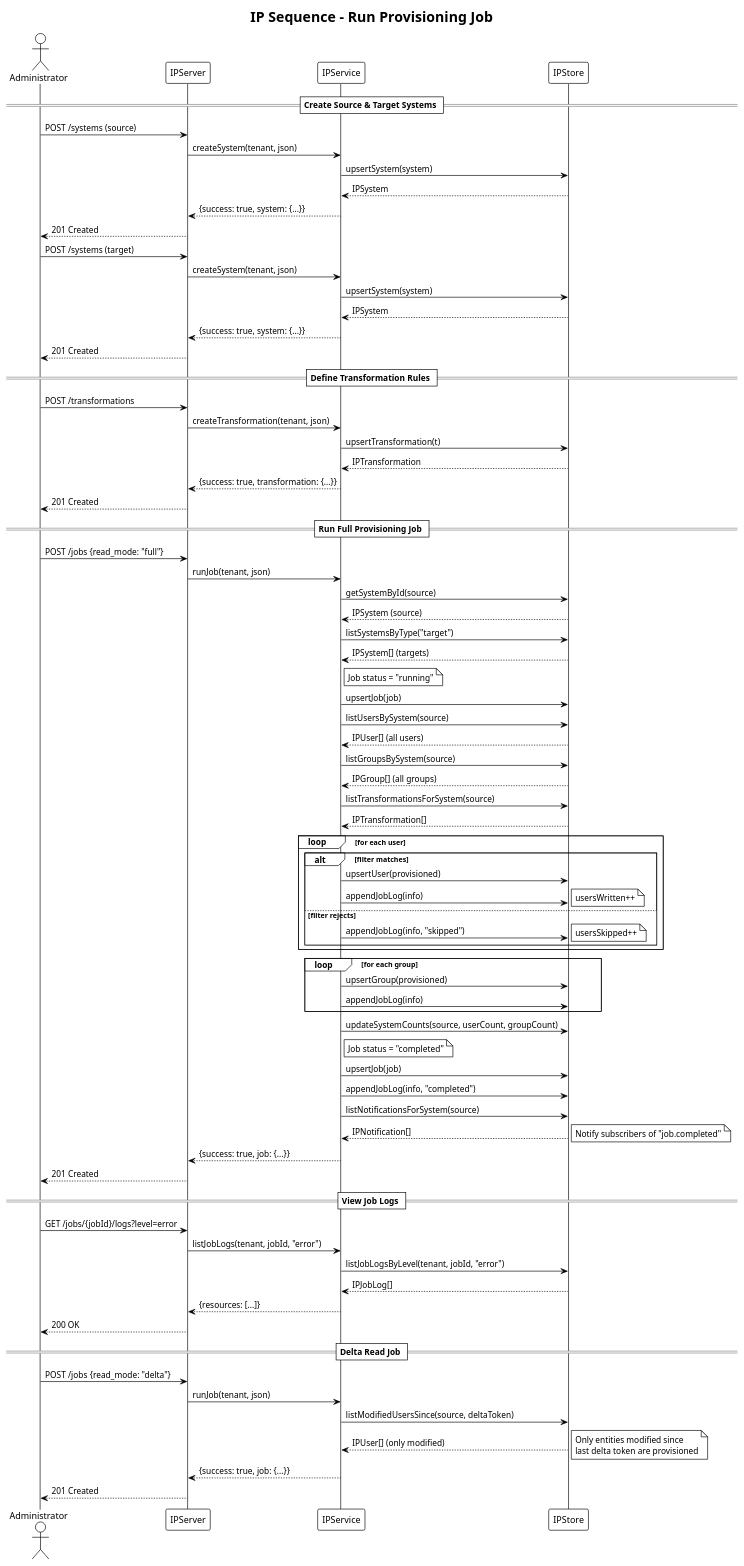
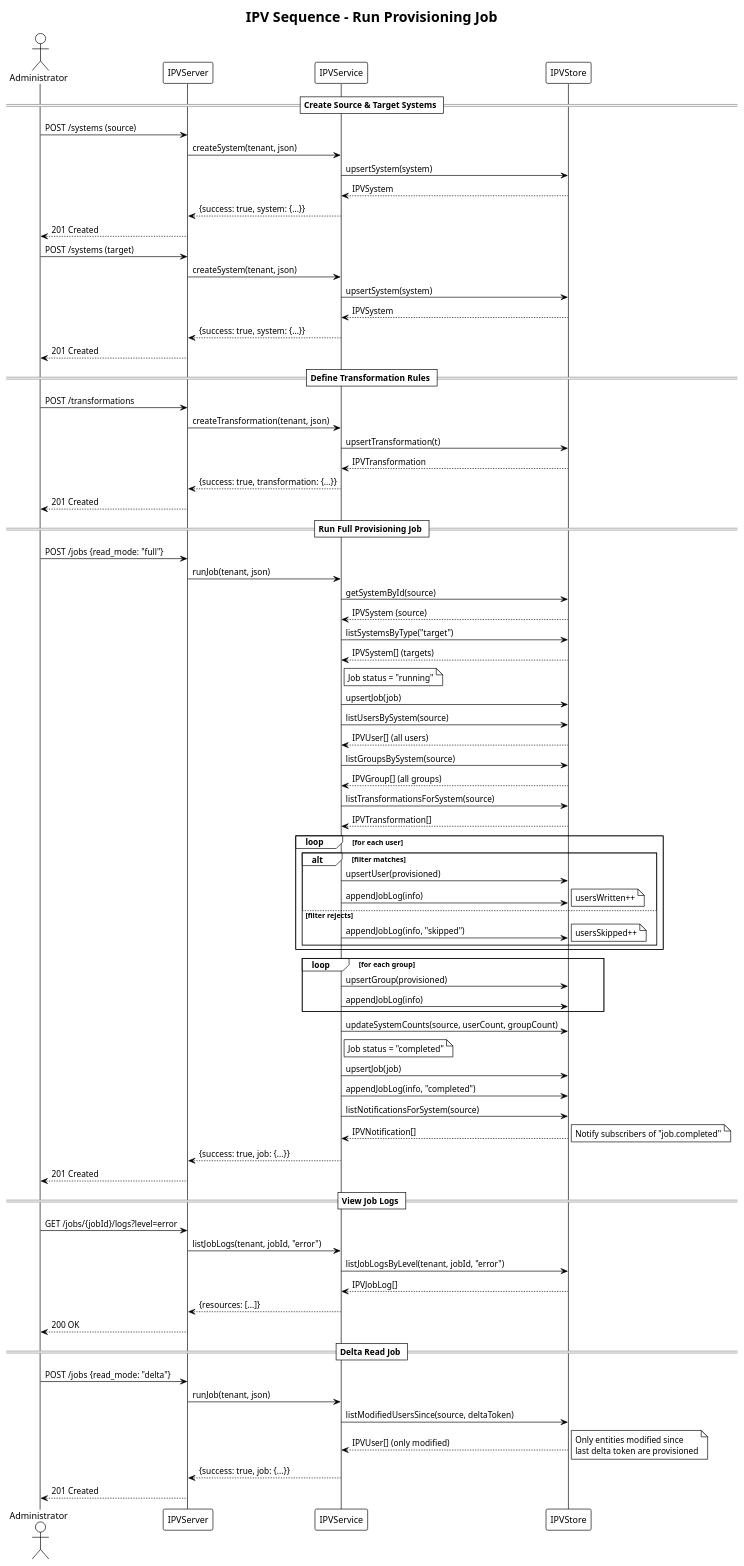
One commit to UIMSolutions/uim-sap-services changed the diagram in identity-provisioning/docs/uml/sequence-provisioning-job.puml. Above: the diagram before and after it, drawn with PlantUML. The commit also changed 38 other files, not shown here.

```diff
--- a/identity-provisioning/docs/uml/sequence-provisioning-job.puml
+++ b/identity-provisioning/docs/uml/sequence-provisioning-job.puml
@@ -1,102 +1,102 @@
 @startuml sequence_provisioning_job
 !theme plain
 
-title IP Sequence - Run Provisioning Job
+title IPV Sequence - Run Provisioning Job
 
 actor Administrator
-participant "IPServer" as Server
-participant "IPService" as Service
-participant "IPStore" as Store
+participant "IPVServer" as Server
+participant "IPVService" as Service
+participant "IPVStore" as Store
 
 == Create Source & Target Systems ==
 Administrator -> Server : POST /systems (source)
 Server -> Service : createSystem(tenant, json)
 Service -> Store : upsertSystem(system)
-Store --> Service : IPSystem
+Store --> Service : IPVSystem
 Service --> Server : {success: true, system: {...}}
 Server --> Administrator : 201 Created
 
 Administrator -> Server : POST /systems (target)
 Server -> Service : createSystem(tenant, json)
 Service -> Store : upsertSystem(system)
-Store --> Service : IPSystem
+Store --> Service : IPVSystem
 Service --> Server : {success: true, system: {...}}
 Server --> Administrator : 201 Created
 
 == Define Transformation Rules ==
 Administrator -> Server : POST /transformations
 Server -> Service : createTransformation(tenant, json)
 Service -> Store : upsertTransformation(t)
-Store --> Service : IPTransformation
+Store --> Service : IPVTransformation
 Service --> Server : {success: true, transformation: {...}}
 Server --> Administrator : 201 Created
 
 == Run Full Provisioning Job ==
 Administrator -> Server : POST /jobs {read_mode: "full"}
 Server -> Service : runJob(tenant, json)
 
 Service -> Store : getSystemById(source)
-Store --> Service : IPSystem (source)
+Store --> Service : IPVSystem (source)
 
 Service -> Store : listSystemsByType("target")
-Store --> Service : IPSystem[] (targets)
+Store --> Service : IPVSystem[] (targets)
 
 note right of Service: Job status = "running"
 Service -> Store : upsertJob(job)
 
 Service -> Store : listUsersBySystem(source)
-Store --> Service : IPUser[] (all users)
+Store --> Service : IPVUser[] (all users)
 
 Service -> Store : listGroupsBySystem(source)
-Store --> Service : IPGroup[] (all groups)
+Store --> Service : IPVGroup[] (all groups)
 
 Service -> Store : listTransformationsForSystem(source)
-Store --> Service : IPTransformation[]
+Store --> Service : IPVTransformation[]
 
 loop for each user
   alt filter matches
     Service -> Store : upsertUser(provisioned)
     Service -> Store : appendJobLog(info)
     note right: usersWritten++
   else filter rejects
     Service -> Store : appendJobLog(info, "skipped")
     note right: usersSkipped++
   end
 end
 
 loop for each group
   Service -> Store : upsertGroup(provisioned)
   Service -> Store : appendJobLog(info)
 end
 
 Service -> Store : updateSystemCounts(source, userCount, groupCount)
 
 note right of Service: Job status = "completed"
 Service -> Store : upsertJob(job)
 Service -> Store : appendJobLog(info, "completed")
 
 Service -> Store : listNotificationsForSystem(source)
-Store --> Service : IPNotification[]
+Store --> Service : IPVNotification[]
 note right: Notify subscribers of "job.completed"
 
 Service --> Server : {success: true, job: {...}}
 Server --> Administrator : 201 Created
 
 == View Job Logs ==
 Administrator -> Server : GET /jobs/{jobId}/logs?level=error
 Server -> Service : listJobLogs(tenant, jobId, "error")
 Service -> Store : listJobLogsByLevel(tenant, jobId, "error")
-Store --> Service : IPJobLog[]
+Store --> Service : IPVJobLog[]
 Service --> Server : {resources: [...]}
 Server --> Administrator : 200 OK
 
 == Delta Read Job ==
 Administrator -> Server : POST /jobs {read_mode: "delta"}
 Server -> Service : runJob(tenant, json)
 Service -> Store : listModifiedUsersSince(source, deltaToken)
-Store --> Service : IPUser[] (only modified)
+Store --> Service : IPVUser[] (only modified)
 note right: Only entities modified since\nlast delta token are provisioned
 Service --> Server : {success: true, job: {...}}
 Server --> Administrator : 201 Created
 
 @enduml
```
